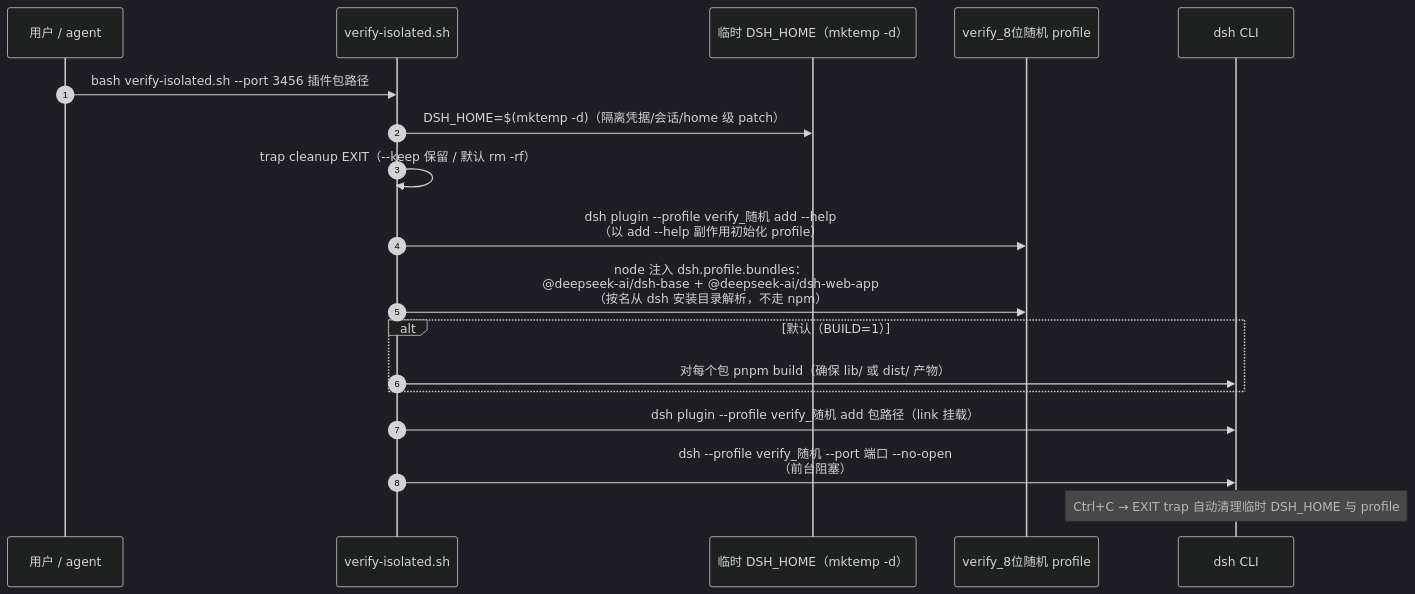
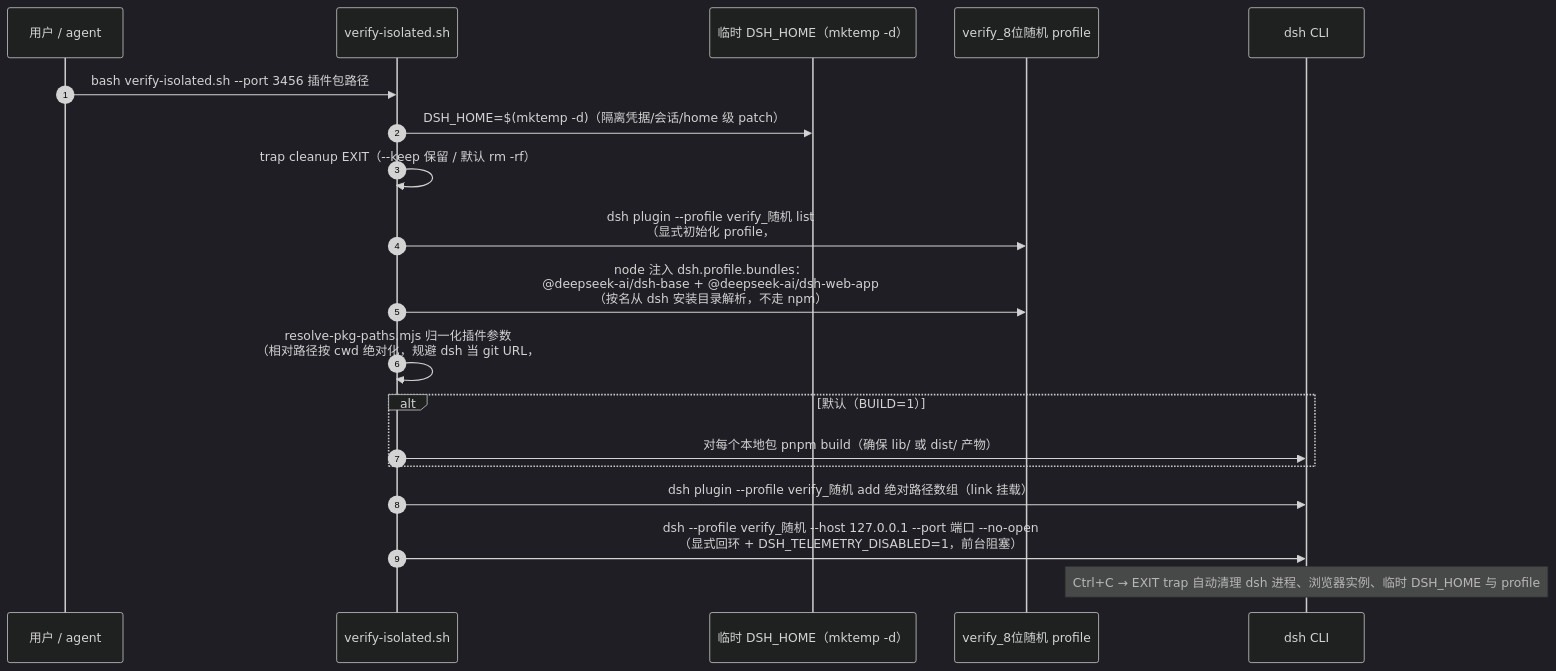
The second of 2 diagrams in docs/architecture/dsh-verify-isolated.md (wingsky-1/dsh-plugin-hub), drawn with Mermaid (dark theme) before and after one commit. The commit also changed other lines of this file and 6 other files, not shown here.

First line of the commit message:
fix(dsh-verify-isolated): 插件参数相对路径绝对化——规避 dsh 当 git URL 解析（#517 C11） (#533)

````diff
--- a/docs/architecture/dsh-verify-isolated.md
+++ b/docs/architecture/dsh-verify-isolated.md
@@ -54,21 +54,22 @@
 ```mermaid
 sequenceDiagram
     autonumber
     participant U as 用户 / agent
     participant SH as verify-isolated.sh
     participant T as 临时 DSH_HOME（mktemp -d）
     participant P as verify_8位随机 profile
     participant D as dsh CLI
 
     U->>SH: bash verify-isolated.sh --port 3456 插件包路径
     SH->>T: DSH_HOME=$(mktemp -d)（隔离凭据/会话/home 级 patch）
     SH->>SH: trap cleanup EXIT（--keep 保留 / 默认 rm -rf）
-    SH->>P: dsh plugin --profile verify_随机 add --help<br/>（以 add --help 副作用初始化 profile）
+    SH->>P: dsh plugin --profile verify_随机 list<br/>（显式初始化 profile，#376 M1）
     SH->>P: node 注入 dsh.profile.bundles：<br/>@deepseek-ai/dsh-base + @deepseek-ai/dsh-web-app<br/>（按名从 dsh 安装目录解析，不走 npm）
+    SH->>SH: resolve-pkg-paths.mjs 归一化插件参数<br/>（相对路径按 cwd 绝对化，规避 dsh 当 git URL，#517 C11）
     alt 默认（BUILD=1）
-        SH->>D: 对每个包 pnpm build（确保 lib/ 或 dist/ 产物）
+        SH->>D: 对每个本地包 pnpm build（确保 lib/ 或 dist/ 产物）
     end
-    SH->>D: dsh plugin --profile verify_随机 add 包路径（link 挂载）
-    SH->>D: dsh --profile verify_随机 --port 端口 --no-open<br/>（前台阻塞）
-    Note over D: Ctrl+C → EXIT trap 自动清理临时 DSH_HOME 与 profile
+    SH->>D: dsh plugin --profile verify_随机 add 绝对路径数组（link 挂载）
+    SH->>D: dsh --profile verify_随机 --host 127.0.0.1 --port 端口 --no-open<br/>（显式回环 + DSH_TELEMETRY_DISABLED=1，前台阻塞）
+    Note over D: Ctrl+C → EXIT trap 自动清理 dsh 进程、浏览器实例、临时 DSH_HOME 与 profile
 ```
````
